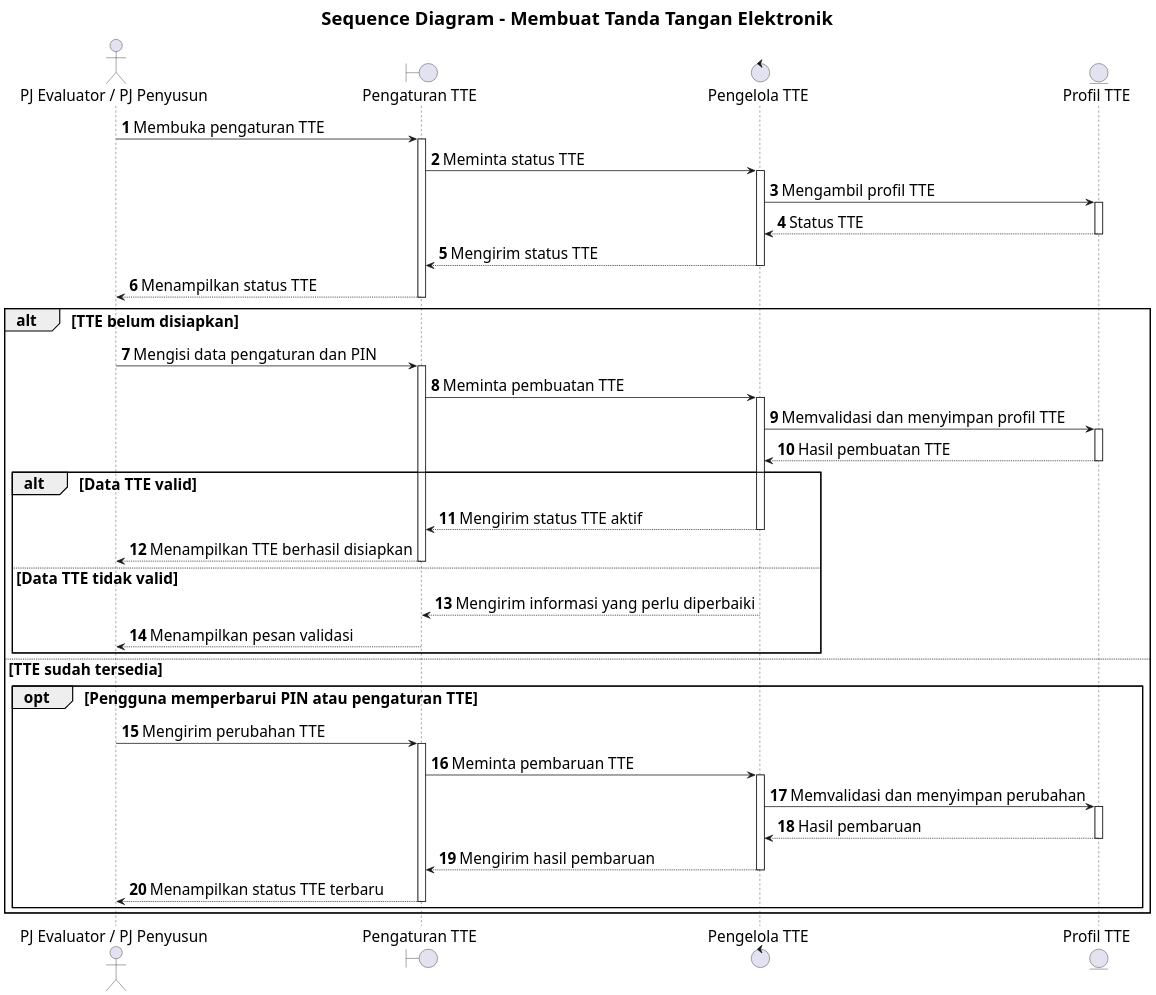
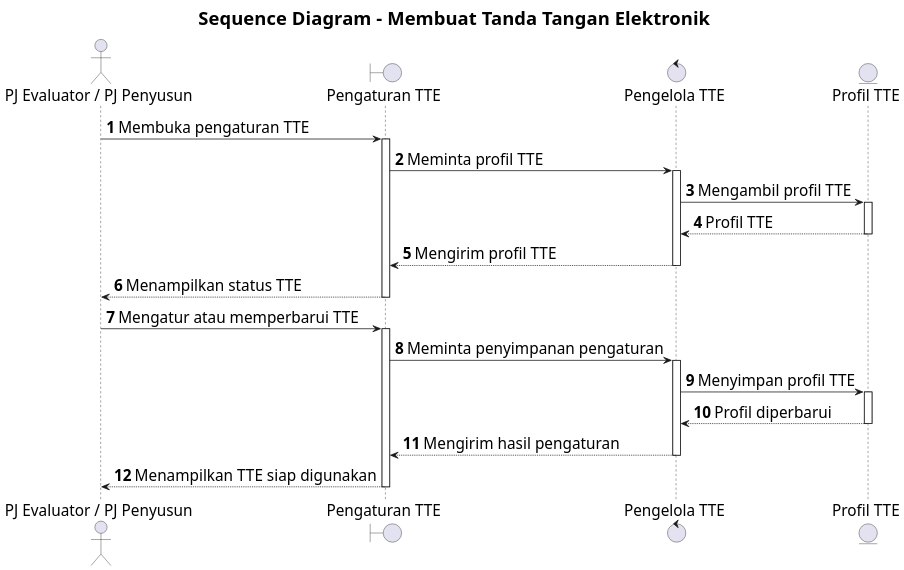
Before and after one commit to howlil/sop-generate-app: the diagram in docs/sequence/lampiran/pj-evaluator-pj-penyusun-membuat-tanda-tangan-elektronik.md, drawn with PlantUML. The commit also changed other lines of this file and 20 other files, not shown here.

Commit message:
docs(sequence): simplify interaction detail across use cases

````diff
--- a/docs/sequence/lampiran/pj-evaluator-pj-penyusun-membuat-tanda-tangan-elektronik.md
+++ b/docs/sequence/lampiran/pj-evaluator-pj-penyusun-membuat-tanda-tangan-elektronik.md
@@ -16,47 +16,31 @@
 ```plantuml
 @startuml
 skinparam defaultFontSize 20
 skinparam titleFontSize 24
 skinparam dpi 160
 
 title Sequence Diagram - Membuat Tanda Tangan Elektronik
 autonumber
 autoactivate on
 
 actor "PJ Evaluator / PJ Penyusun" as A
 boundary "Pengaturan TTE" as B
 control "Pengelola TTE" as C
 entity "Profil TTE" as D
 
 A -> B : Membuka pengaturan TTE
-B -> C : Meminta status TTE
+B -> C : Meminta profil TTE
 C -> D : Mengambil profil TTE
-D --> C : Status TTE
-C --> B : Mengirim status TTE
+D --> C : Profil TTE
+C --> B : Mengirim profil TTE
 B --> A : Menampilkan status TTE
 
-alt TTE belum disiapkan
-  A -> B : Mengisi data pengaturan dan PIN
-  B -> C : Meminta pembuatan TTE
-  C -> D : Memvalidasi dan menyimpan profil TTE
-  D --> C : Hasil pembuatan TTE
-  alt Data TTE valid
-    C --> B : Mengirim status TTE aktif
-    B --> A : Menampilkan TTE berhasil disiapkan
-  else Data TTE tidak valid
-    C --> B : Mengirim informasi yang perlu diperbaiki
-    B --> A : Menampilkan pesan validasi
-  end
-else TTE sudah tersedia
-  opt Pengguna memperbarui PIN atau pengaturan TTE
-    A -> B : Mengirim perubahan TTE
-    B -> C : Meminta pembaruan TTE
-    C -> D : Memvalidasi dan menyimpan perubahan
-    D --> C : Hasil pembaruan
-    C --> B : Mengirim hasil pembaruan
-    B --> A : Menampilkan status TTE terbaru
-  end
-end
+A -> B : Mengatur atau memperbarui TTE
+B -> C : Meminta penyimpanan pengaturan
+C -> D : Menyimpan profil TTE
+D --> C : Profil diperbarui
+C --> B : Mengirim hasil pengaturan
+B --> A : Menampilkan TTE siap digunakan
 
 @enduml
 ```
````
